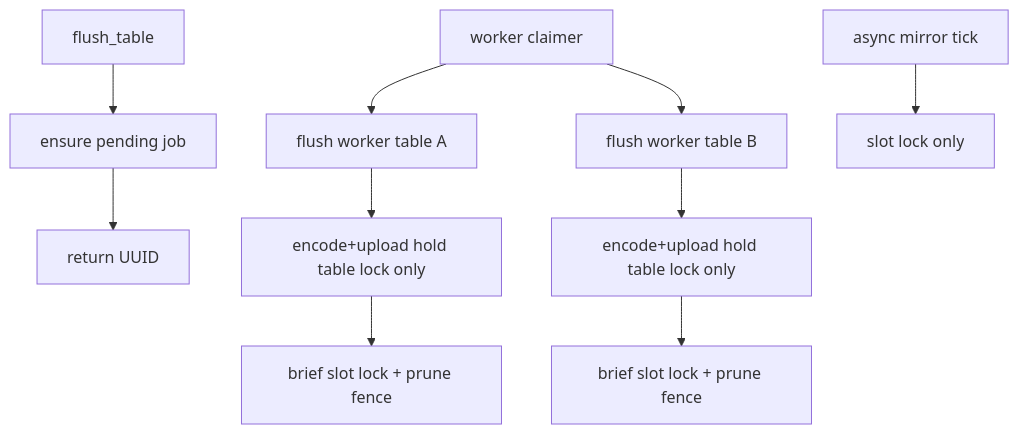
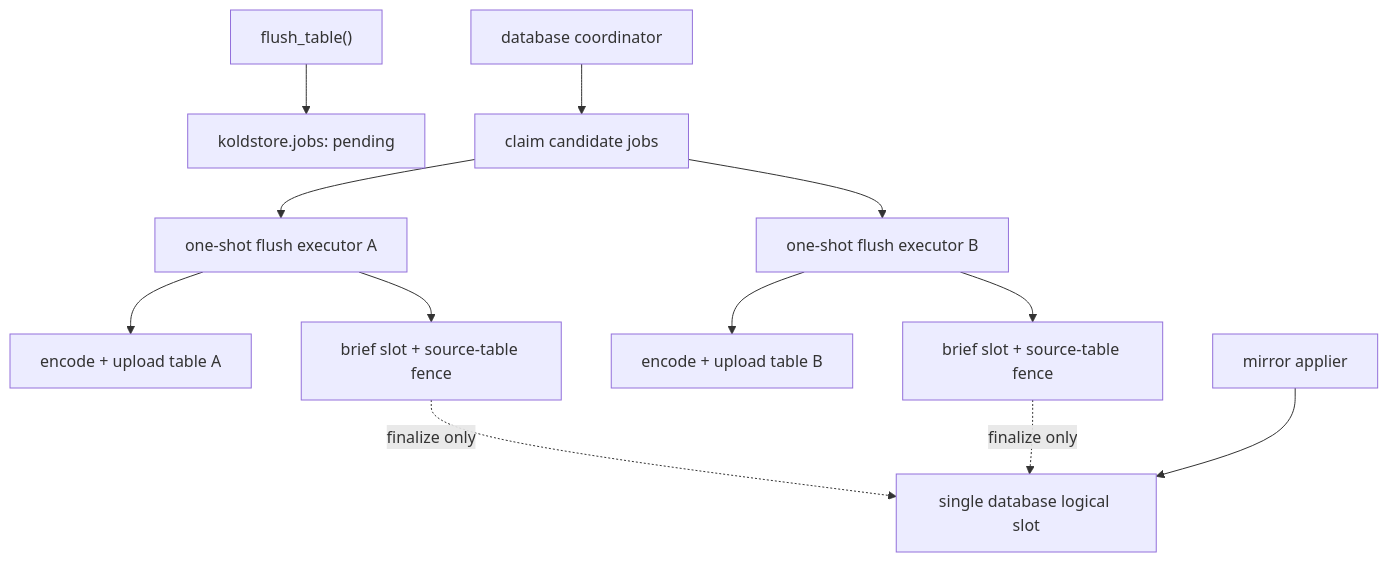
Before and after one commit to kalamdb/koldstore: the diagram in docs/plans/2026-08-05-worker-flush-job-queue.md, drawn with Mermaid. The commit also changed other lines of this file and 102 other files, not shown here.

First line of the commit message:
cleanup: slim pg_koldstore and harden apply-lock flush retries

````diff
--- a/docs/plans/2026-08-05-worker-flush-job-queue.md
+++ b/docs/plans/2026-08-05-worker-flush-job-queue.md
@@ -83,12 +121,14 @@
 ```mermaid
 flowchart TD
-  sql["flush_table"] --> ens["ensure pending job"]
-  ens --> ret["return UUID"]
-  claimer["worker claimer"] --> jobA["flush worker table A"]
-  claimer --> jobB["flush worker table B"]
-  jobA --> upA["encode+upload hold table lock only"]
-  jobB --> upB["encode+upload hold table lock only"]
-  upA --> fenceA["brief slot lock + prune fence"]
-  upB --> fenceB["brief slot lock + prune fence"]
-  apply["async mirror tick"] --> slot["slot lock only"]
+    client["flush_table()"] --> queue["koldstore.jobs: pending"]
+    coordinator["database coordinator"] --> claim["claim candidate jobs"]
+    claim --> execA["one-shot flush executor A"]
+    claim --> execB["one-shot flush executor B"]
+    execA --> storeA["encode + upload table A"]
+    execB --> storeB["encode + upload table B"]
+    execA --> fenceA["brief slot + source-table fence"]
+    execB --> fenceB["brief slot + source-table fence"]
+    apply["mirror applier"] --> slot["single database logical slot"]
+    fenceA -. "finalize only" .-> slot
+    fenceB -. "finalize only" .-> slot
 ```
````
